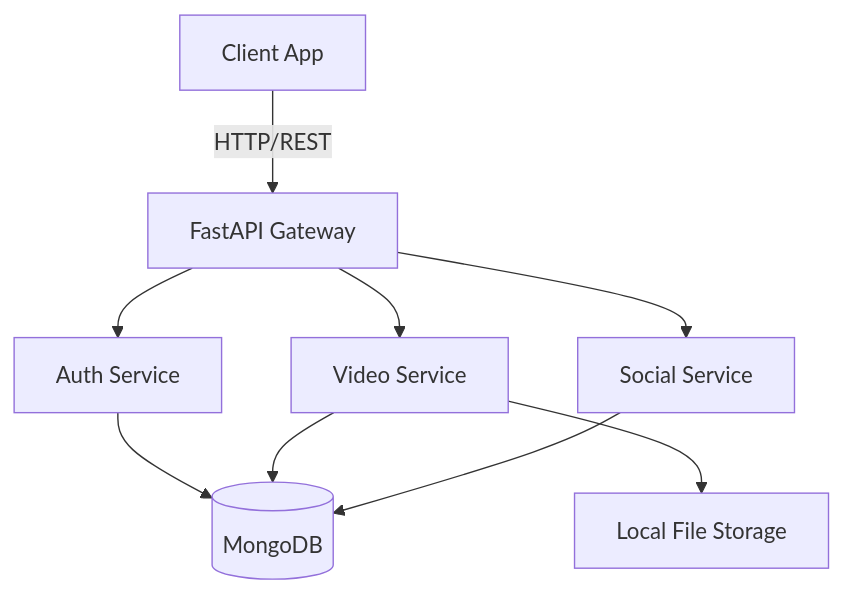
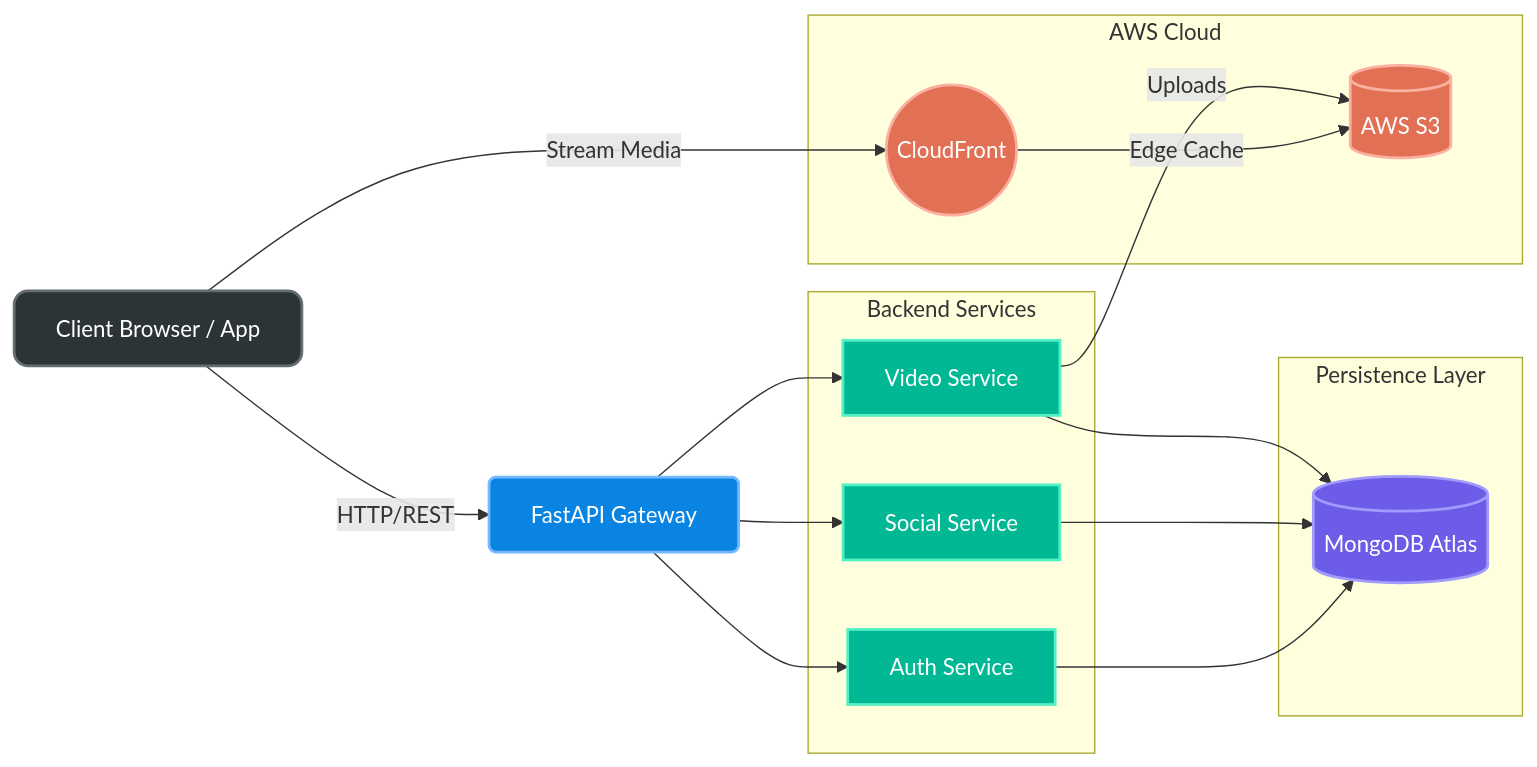
Before and after one commit to sujalwarke28/systemDesign_VideoStreaming: the diagram in architecture/system_architecture.md, drawn with Mermaid. The commit also changed 14 other files, not shown here.

````diff
--- a/architecture/system_architecture.md
+++ b/architecture/system_architecture.md
@@ -1,13 +1,44 @@
 ```mermaid
-graph TD
-    Client[Client App] -->|HTTP/REST| API[FastAPI Gateway]
-    API --> Auth[Auth Service]
-    API --> Video[Video Service]
-    API --> Social[Social Service]
+graph LR
+    %% Custom Visual Styles
+    classDef client fill:#2d3436,stroke:#636e72,stroke-width:2px,color:#fff,rx:10,ry:10;
+    classDef api fill:#0984e3,stroke:#74b9ff,stroke-width:2px,color:#fff,rx:5,ry:5;
+    classDef service fill:#00b894,stroke:#55efc4,stroke-width:2px,color:#fff;
+    classDef db fill:#6c5ce7,stroke:#a29bfe,stroke-width:2px,color:#fff;
+    classDef aws fill:#e17055,stroke:#fab1a0,stroke-width:2px,color:#fff;
+
+    %% Nodes
+    Client[Client Browser / App]:::client
+    API[FastAPI Gateway]:::api
     
-    Auth --> DB[(MongoDB)]
+    subgraph Services [Backend Services]
+        Auth[Auth Service]:::service
+        Social[Social Service]:::service
+        Video[Video Service]:::service
+    end
+    
+    subgraph Data [Persistence Layer]
+        DB[(MongoDB Atlas)]:::db
+    end
+    
+    subgraph AWS [AWS Cloud]
+        Storage[(AWS S3)]:::aws
+        CDN((CloudFront)):::aws
+    end
+
+    %% Flow designed to eliminate crossing arrows (Top-to-Bottom / Left-to-Right separation)
+    Client -->|Stream Media| CDN
+    CDN -->|Edge Cache| Storage
+    
+    Client -->|HTTP/REST| API
+    
+    API --> Auth
+    API --> Social
+    API --> Video
+    
+    Auth --> DB
+    Social --> DB
     Video --> DB
-    Social --> DB
     
-    Video --> Storage[Local File Storage]
+    Video -->|Uploads| Storage
 ```
````
